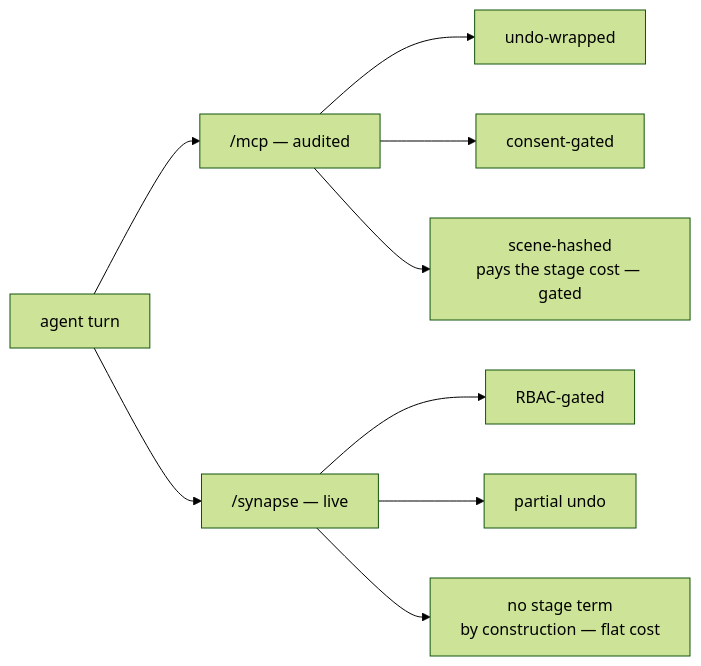
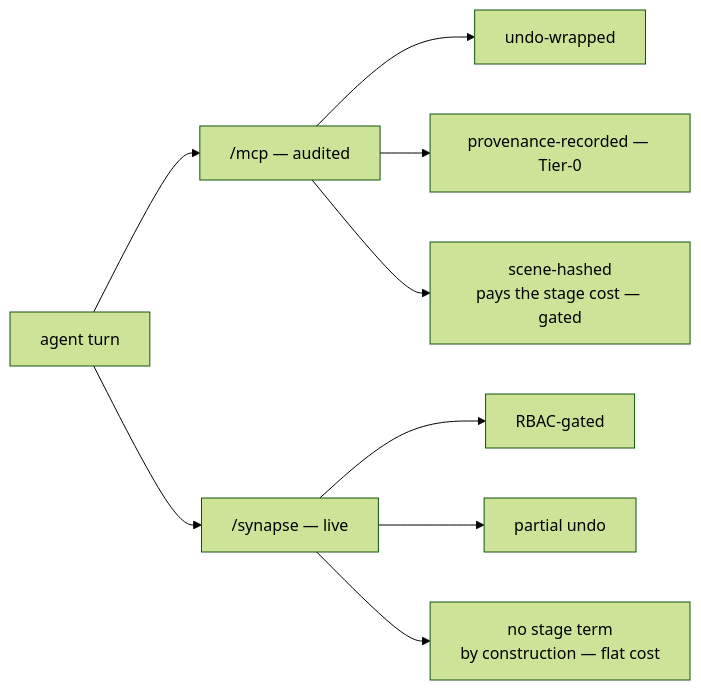
Before and after one commit to JosephOIbrahim/Synapse: the third of 5 diagrams in README.md, drawn with Mermaid (forest theme). The commit also changed other lines of this file and 3 other files, not shown here.

Commit message:
rope:L1-1 Remove consent-gated claim [L1]

````diff
--- a/README.md
+++ b/README.md
@@ -144,11 +144,11 @@
 ```mermaid
 flowchart LR
     T[agent turn] --> M["/mcp — audited"]
     T --> S["/synapse — live"]
     M --> A1[undo-wrapped]
-    M --> A2[consent-gated]
+    M --> A2[provenance-recorded — Tier-0]
     M --> A3["scene-hashed<br/>pays the stage cost — gated"]
     S --> B1[RBAC-gated]
     S --> B2[partial undo]
     S --> B3["no stage term<br/>by construction — flat cost"]
 ```
````
